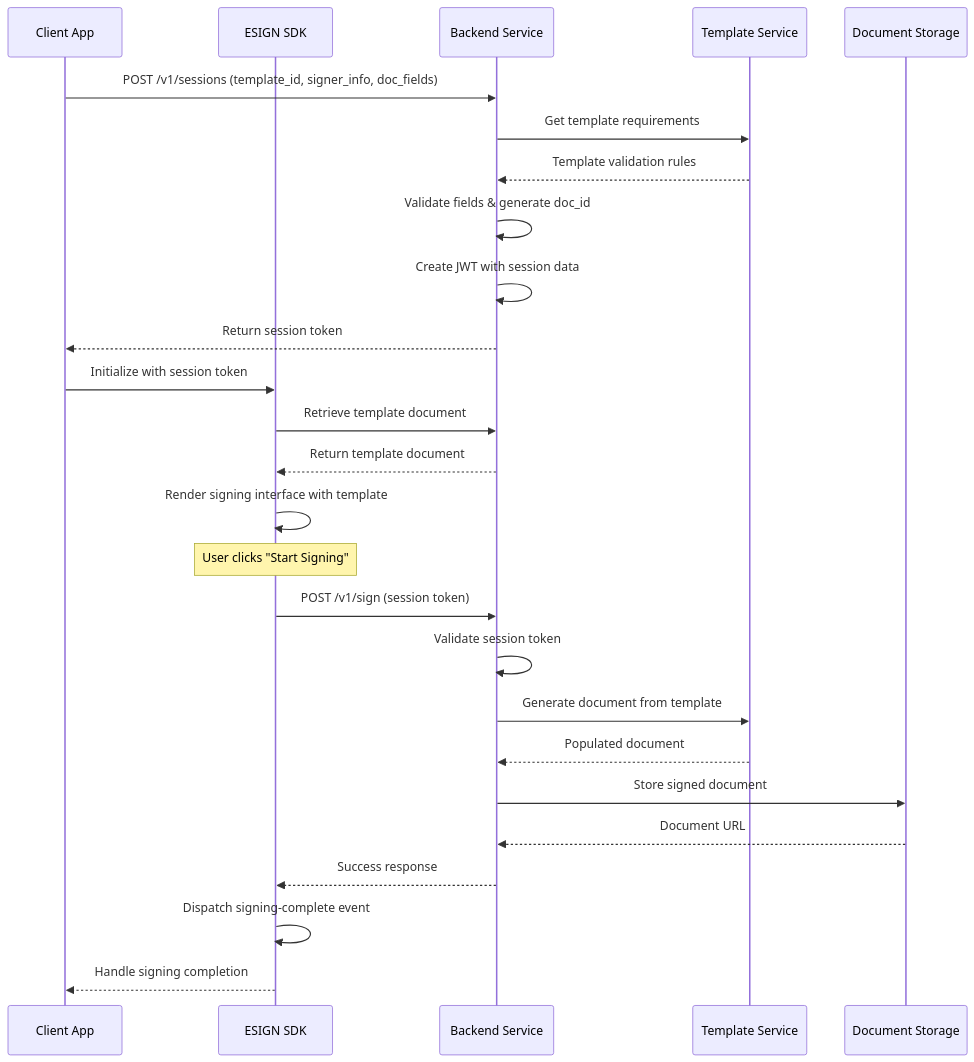
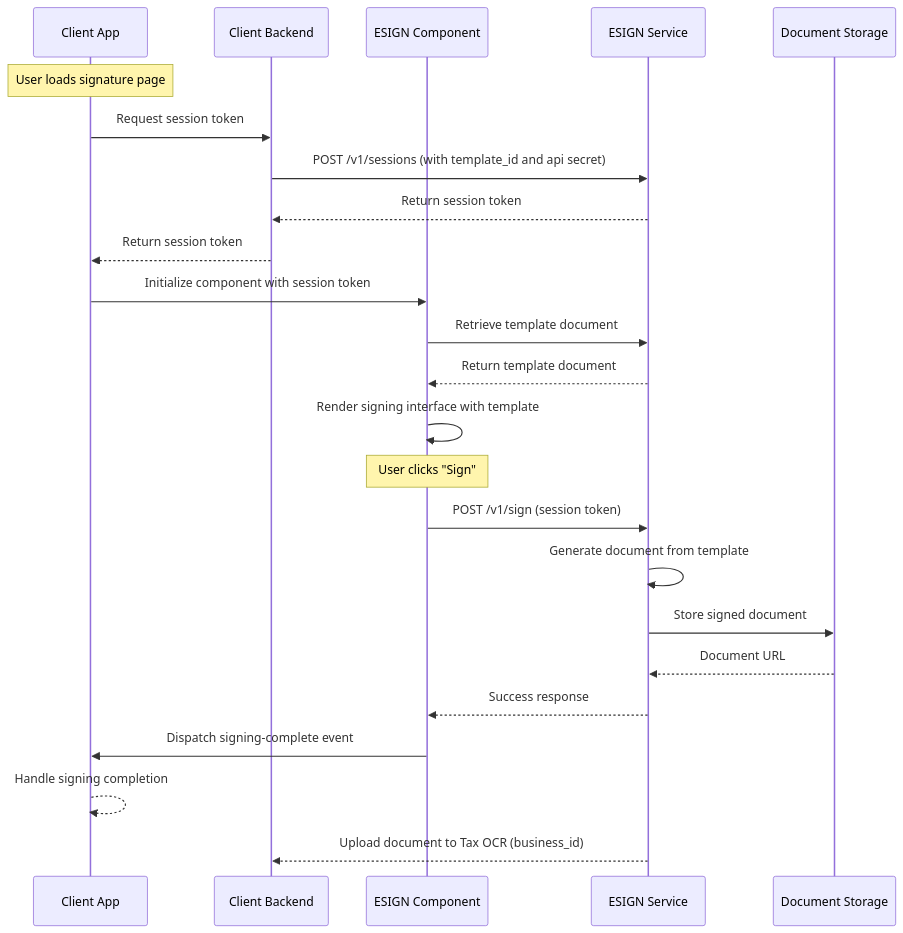
One commit to joinworth/esign-SDK changed the diagram in README.md. Above: the diagram before and after it, drawn with Mermaid.

Commit message:
updated readme diagram

````diff
--- a/README.md
+++ b/README.md
@@ -161,34 +161,28 @@
 ```mermaid
 sequenceDiagram
-    participant Client as Client App
-    participant SDK as ESIGN SDK
-    participant Backend as Backend Service
-    participant Template as Template Service
-    participant Storage as Document Storage
+  participant Client as Client App
+  participant ClientBackend as Client Backend
+  participant SDK as ESIGN Component
+  participant Backend as ESIGN Service
+  participant Storage as Document Storage
 
-    %% Session Creation
-    Client->>Backend: POST /v1/sessions (template_id, signer_info, doc_fields)
-    Backend->>Template: Get template requirements
-    Template-->>Backend: Template validation rules
-    Backend->>Backend: Validate fields & generate doc_id
-    Backend->>Backend: Create JWT with session data
-    Backend-->>Client: Return session token
 
-    %% Component Initialization
-    Client->>SDK: Initialize with session token
-    SDK->>Backend: Retrieve template document
-    Backend-->>SDK: Return template document
-    SDK->>SDK: Render signing interface with template
-
-    %% Signing Process
-    Note over SDK: User clicks "Start Signing"
-    SDK->>Backend: POST /v1/sign (session token)
-    Backend->>Backend: Validate session token
-    Backend->>Template: Generate document from template
-    Template-->>Backend: Populated document
-    Backend->>Storage: Store signed document
-    Storage-->>Backend: Document URL
-    Backend-->>SDK: Success response
-    SDK->>SDK: Dispatch signing-complete event
-    SDK-->>Client: Handle signing completion
+Note over Client: User loads signature page
+  Client ->> ClientBackend: Request session token
+  ClientBackend ->> Backend: POST /v1/sessions (with template_id and api secret)
+  Backend -->> ClientBackend: Return session token
+  ClientBackend -->> Client: Return session token
+  Client ->> SDK: Initialize component with session token
+  SDK ->> Backend: Retrieve template document
+  Backend -->> SDK: Return template document
+  SDK ->> SDK: Render signing interface with template
+  Note over SDK: User clicks "Sign"
+  SDK ->> Backend: POST /v1/sign (session token)
+  Backend ->> Backend: Generate document from template
+  Backend ->> Storage: Store signed document
+  Storage -->> Backend: Document URL
+  Backend -->> SDK: Success response
+  SDK ->> Client: Dispatch signing-complete event
+  Client -->> Client: Handle signing completion
+  Backend -->> ClientBackend: Upload document to Tax OCR (business_id)
 ```
````
